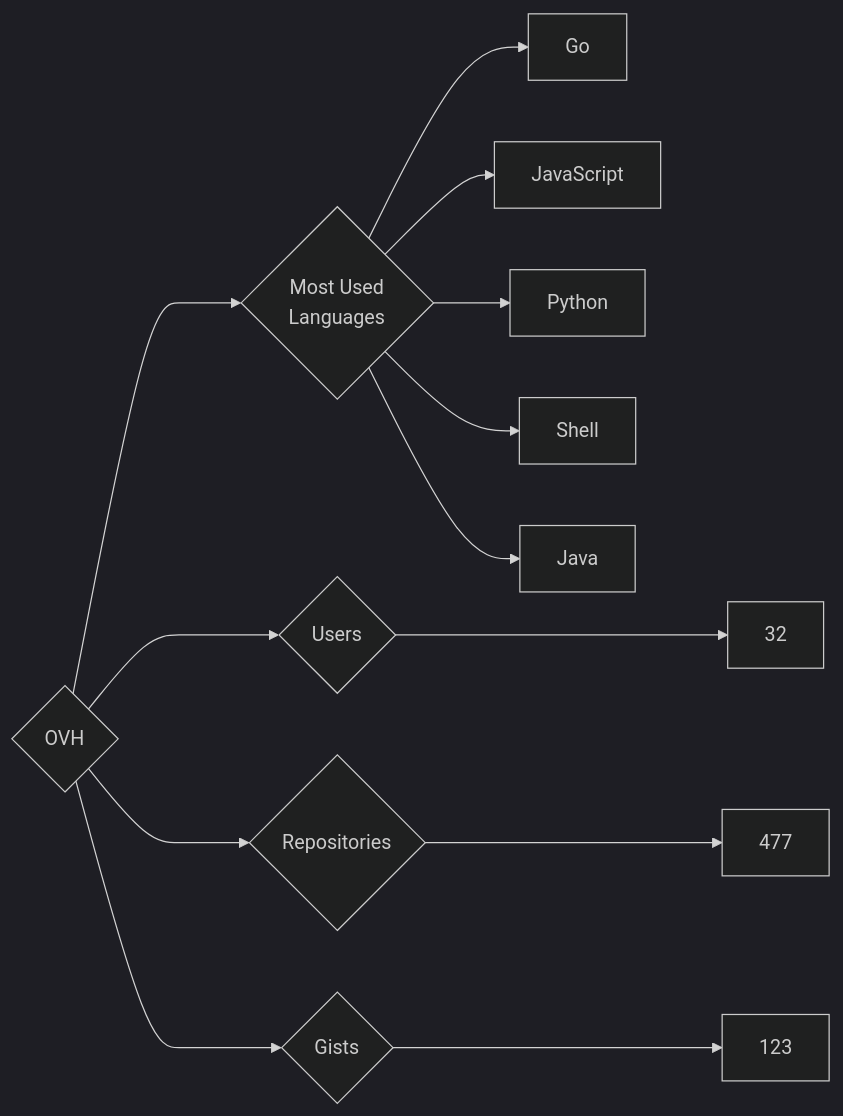
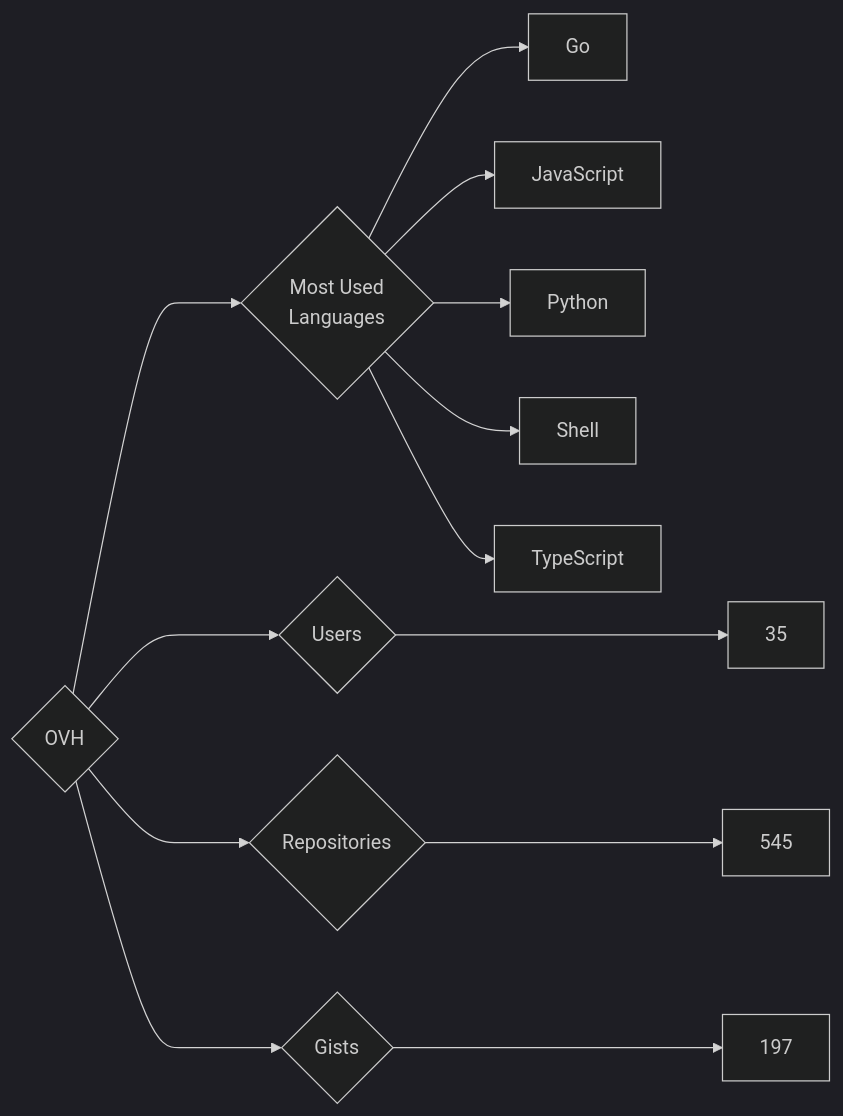
The diagram in targets/OVH/README.md (trickest/insiders), drawn with Mermaid (dark theme) before and after one commit. The commit also changed 939 other files, not shown here.

````diff
--- a/targets/OVH/README.md
+++ b/targets/OVH/README.md
@@ -3,13 +3,13 @@
 ```mermaid
 graph LR
 COMPANY_NAME{OVH}
-COMPANY_NAME ---> U{Users} ---> UN[32]
-COMPANY_NAME ---> R{Repositories} ---> RN[477]
-COMPANY_NAME ---> G{Gists} ---> GN[123]
+COMPANY_NAME ---> U{Users} ---> UN[35]
+COMPANY_NAME ---> R{Repositories} ---> RN[545]
+COMPANY_NAME ---> G{Gists} ---> GN[197]
 COMPANY_NAME ---> ML{Most Used<br>Languages}
 ML --> Go[Go]
 ML --> JavaScript[JavaScript]
 ML --> Python[Python]
 ML --> Shell[Shell]
-ML --> Java[Java]
+ML --> TypeScript[TypeScript]
 ```
````
